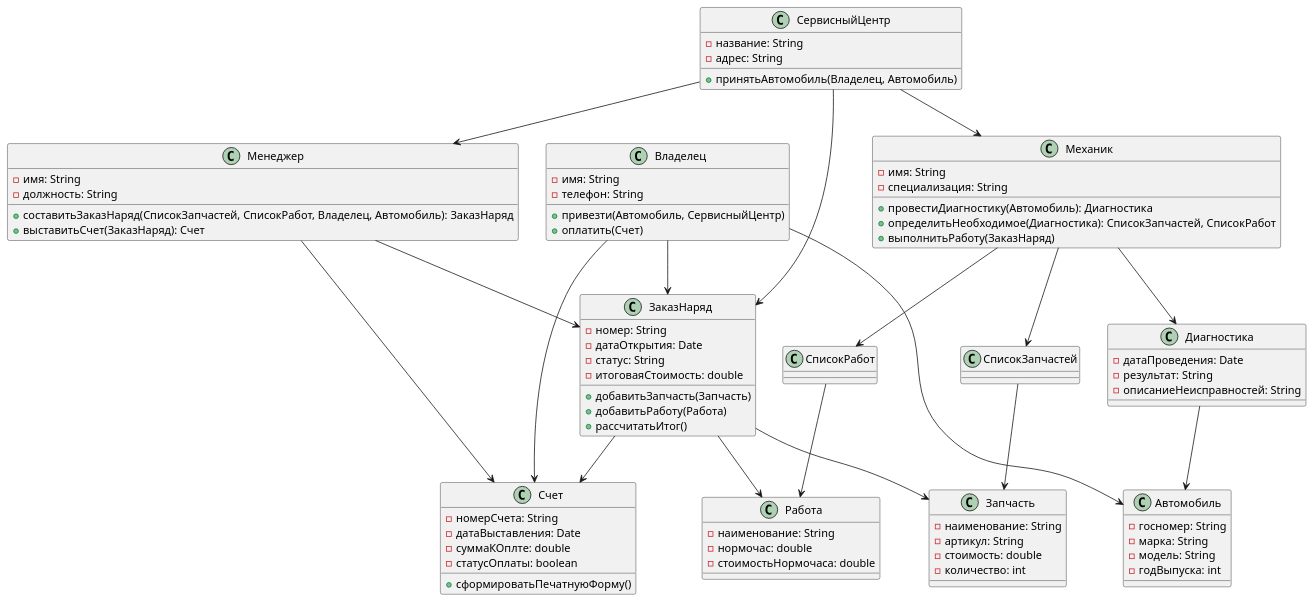
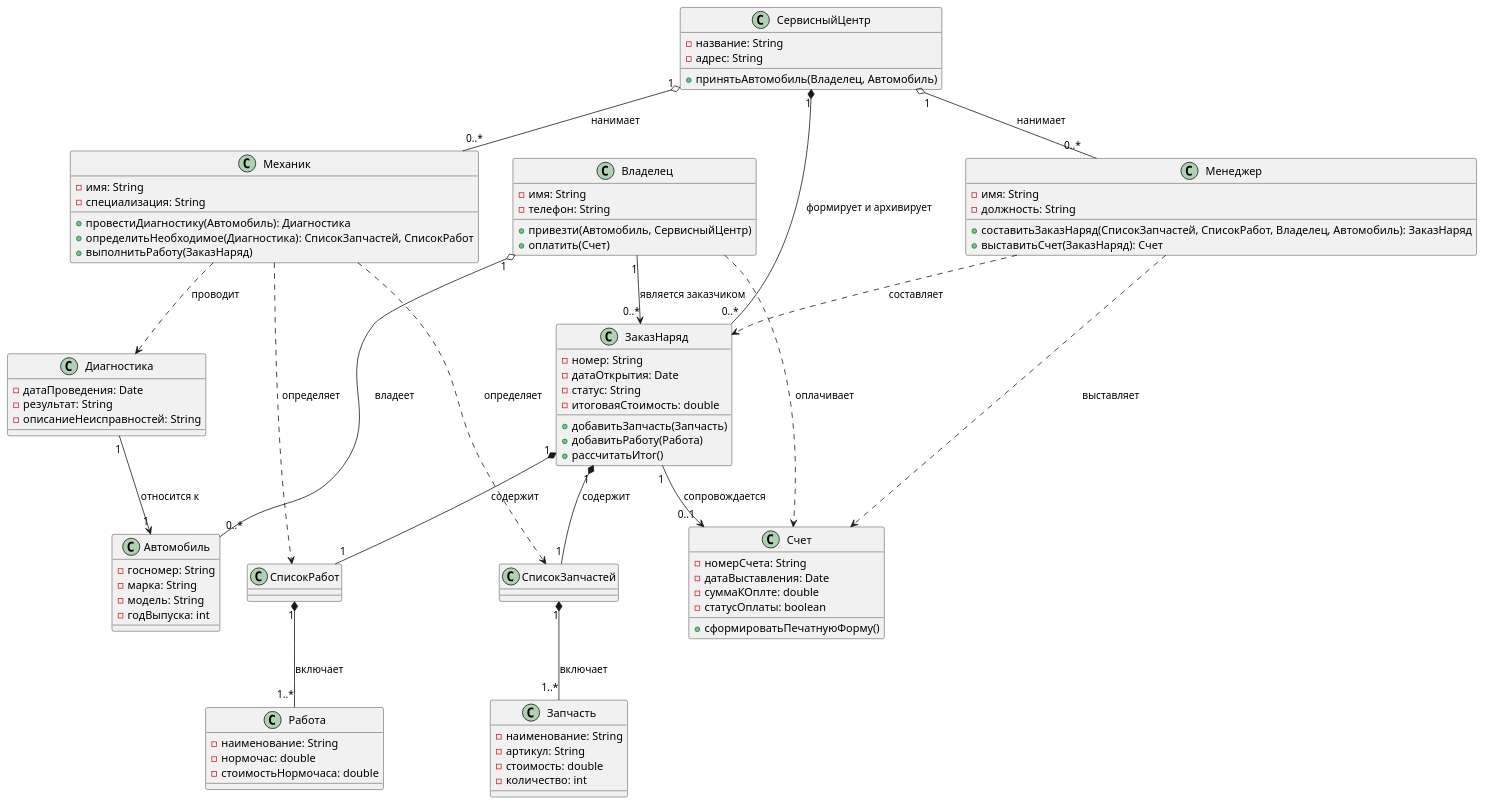
The diagram in 5lab.plantuml (ksenia-chernova/OOD_uni), drawn with PlantUML before and after one commit.

```diff
--- a/5lab.plantuml
+++ b/5lab.plantuml
@@ -1,105 +1,106 @@
 @startuml Автосервис
 
 class Владелец {
   - имя: String
   - телефон: String
   + привезти(Автомобиль, СервисныйЦентр)
   + оплатить(Счет)
 }
 
 class Автомобиль {
   - госномер: String
   - марка: String
   - модель: String
   - годВыпуска: int
 }
 
 class СервисныйЦентр {
   - название: String
   - адрес: String
   + принятьАвтомобиль(Владелец, Автомобиль)
 }
 
 class Механик {
   - имя: String
   - специализация: String
   + провестиДиагностику(Автомобиль): Диагностика
   + определитьНеобходимое(Диагностика): СписокЗапчастей, СписокРабот
   + выполнитьРаботу(ЗаказНаряд)
 }
 
 class Менеджер {
   - имя: String
   - должность: String
   + составитьЗаказНаряд(СписокЗапчастей, СписокРабот, Владелец, Автомобиль): ЗаказНаряд
   + выставитьСчет(ЗаказНаряд): Счет
 }
 
 class Диагностика {
   - датаПроведения: Date
   - результат: String
   - описаниеНеисправностей: String
 }
 
 class Запчасть {
   - наименование: String
   - артикул: String
   - стоимость: double
   - количество: int
 }
 
 class Работа {
   - наименование: String
   - нормочас: double
   - стоимостьНормочаса: double
 }
 
 class ЗаказНаряд {
   - номер: String
   - датаОткрытия: Date
   - статус: String
   - итоговаяСтоимость: double
   + добавитьЗапчасть(Запчасть)
   + добавитьРаботу(Работа)
   + рассчитатьИтог()
 }
 
 class Счет {
   - номерСчета: String
   - датаВыставления: Date
   - суммаКОплте: double
   - статусОплаты: boolean
   + сформироватьПечатнуюФорму()
 }
 
 class СписокЗапчастей {
 }
 
 class СписокРабот {
 }
 
-Владелец --> Автомобиль
-Владелец --> ЗаказНаряд
-Владелец --> Счет
+' АГРЕГАЦИЯ 
+Владелец "1" o-- "0..*" Автомобиль : владеет
+СервисныйЦентр "1" o-- "0..*" Механик : нанимает
+СервисныйЦентр "1" o-- "0..*" Менеджер : нанимает
 
-СервисныйЦентр --> Механик
-СервисныйЦентр --> Менеджер
-СервисныйЦентр --> ЗаказНаряд
+' КОМПОЗИЦИЯ
+СервисныйЦентр "1" *-- "0..*" ЗаказНаряд : формирует и архивирует
+ЗаказНаряд "1" *-- "1" СписокЗапчастей : содержит
+ЗаказНаряд "1" *-- "1" СписокРабот : содержит
+СписокЗапчастей "1" *-- "1..*" Запчасть : включает
+СписокРабот "1" *-- "1..*" Работа : включает
 
-Механик --> Диагностика
-Механик --> СписокЗапчастей
-Механик --> СписокРабот
+' АССОЦИАЦИЯ
+Владелец "1" --> "0..*" ЗаказНаряд : является заказчиком
+Диагностика "1" --> "1" Автомобиль : относится к
+ЗаказНаряд "1" --> "0..1" Счет : сопровождается
 
-Менеджер --> ЗаказНаряд
-Менеджер --> Счет
-
-Диагностика --> Автомобиль
-
-ЗаказНаряд --> Запчасть
-ЗаказНаряд --> Работа
-ЗаказНаряд --> Счет
-
-СписокЗапчастей --> Запчасть
-СписокРабот --> Работа
+' ЗАВИСИМОСТЬ
+Механик ..> Диагностика : проводит
+Механик ..> СписокЗапчастей : определяет
+Механик ..> СписокРабот : определяет
+Менеджер ..> ЗаказНаряд : составляет
+Менеджер ..> Счет : выставляет
+Владелец ..> Счет : оплачивает
 
 @enduml
```
